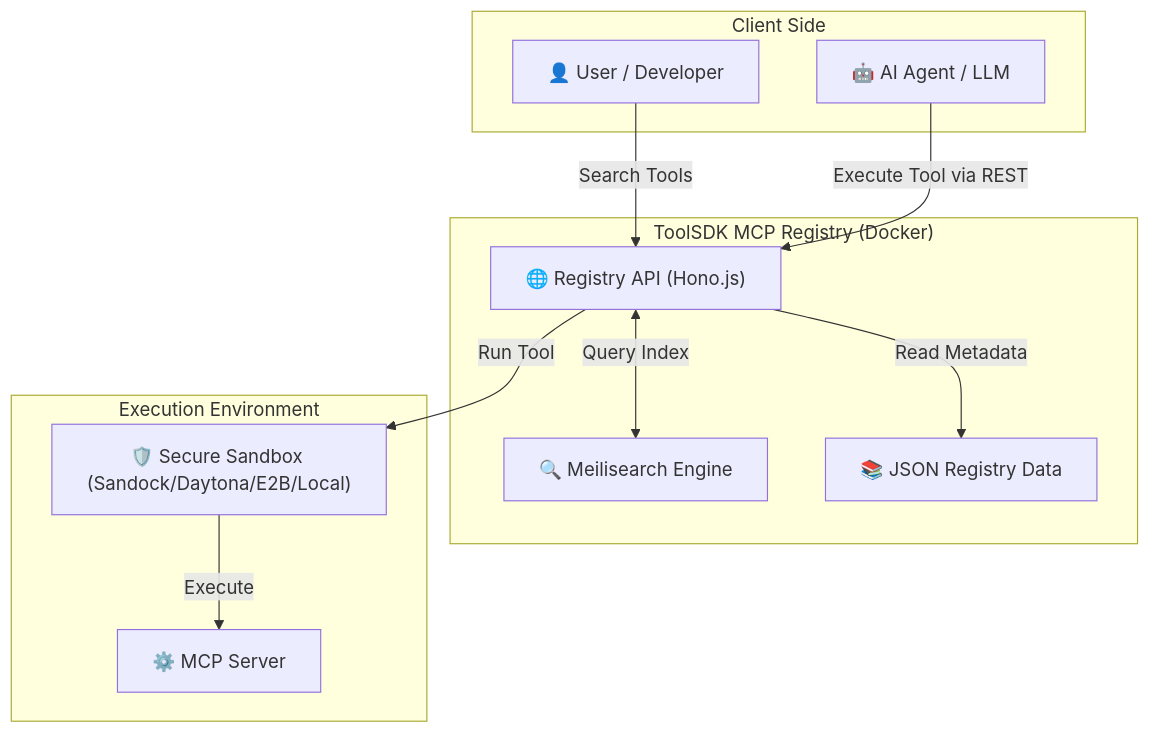
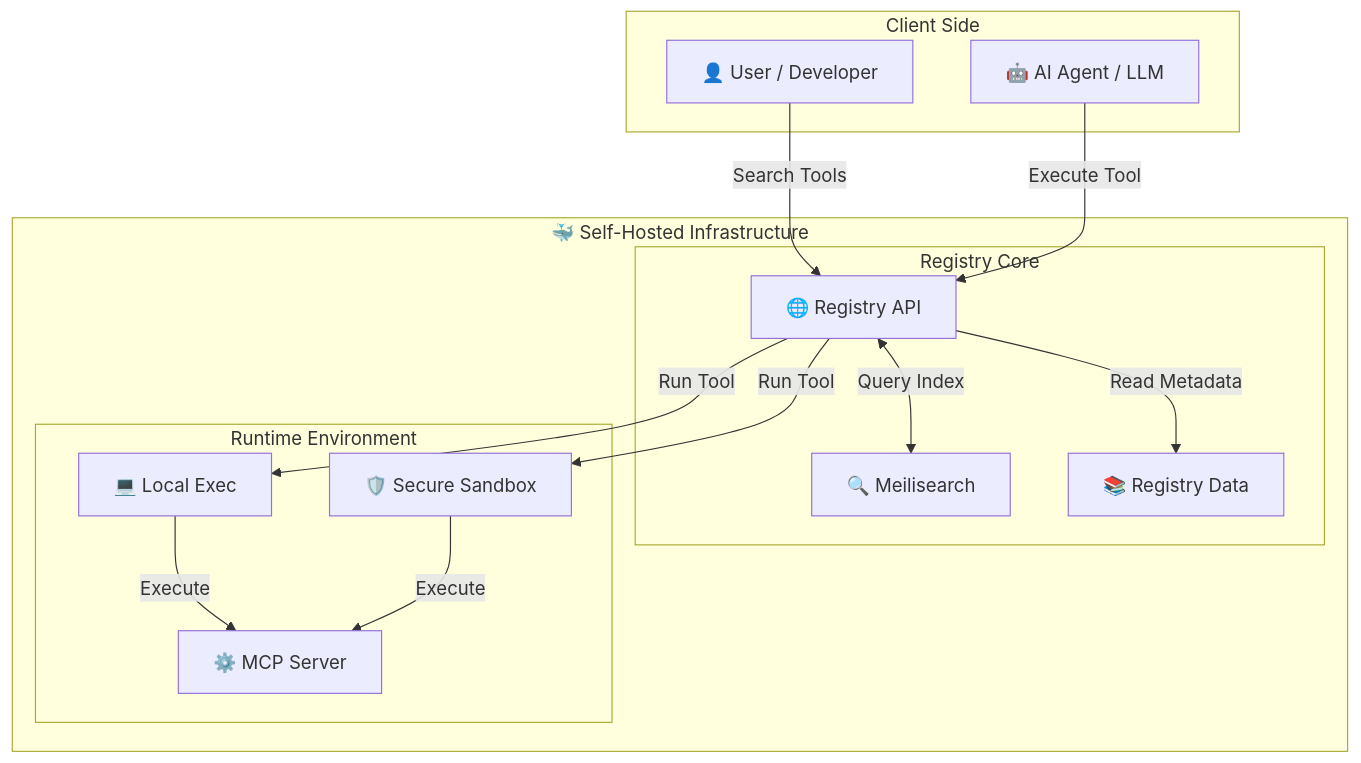
The diagram in docs/README.tpl.md (SergiuPogor/toolsdk-mcp-registry), drawn with Mermaid before and after one commit. The commit also changed other lines of this file and 1 other file, not shown here.

Commit message:
docs: update README for Docker self-hosting instructions and diagram … (#112)

````diff
--- a/docs/README.tpl.md
+++ b/docs/README.tpl.md
@@ -187,25 +190,31 @@
 ```mermaid
 graph TD
-    subgraph "Client Side"
+    subgraph ClientSide ["Client Side"]
+        LLM["🤖 AI Agent / LLM"]
         User["👤 User / Developer"]
-        LLM["🤖 AI Agent / LLM"]
     end
 
-    subgraph "ToolSDK MCP Registry (Docker)"
-        API["🌐 Registry API (Hono.js)"]
-        Search["🔍 Meilisearch Engine"]
-        DB["📚 JSON Registry Data"]
-    end
+    subgraph DockerEnv ["🐳 Self-Hosted Infrastructure"]
+        
+        subgraph RegistryCore ["Registry Core"]
+            API["🌐 Registry API"]
+            Search["🔍 Meilisearch"]
+            DB["📚 Registry Data"]
+        end
 
-    subgraph "Execution Environment"
-        Sandbox["🛡️ Secure Sandbox (Sandock/Daytona/E2B/Local)"]
-        MCPServer["⚙️ MCP Server"]
+        subgraph RuntimeEnv ["Runtime Environment"]
+            Local["💻 Local Exec"]
+            Sandbox["🛡️ Secure Sandbox"]
+            MCPServer["⚙️ MCP Server"]
+        end
     end
 
     User -->|Search Tools| API
-    LLM -->|Execute Tool via REST| API
+    LLM -->|Execute Tool| API
     API <-->|Query Index| Search
     API -->|Read Metadata| DB
+    API -->|Run Tool| Local
     API -->|Run Tool| Sandbox
+    Local -->|Execute| MCPServer
     Sandbox -->|Execute| MCPServer
 ```
````
